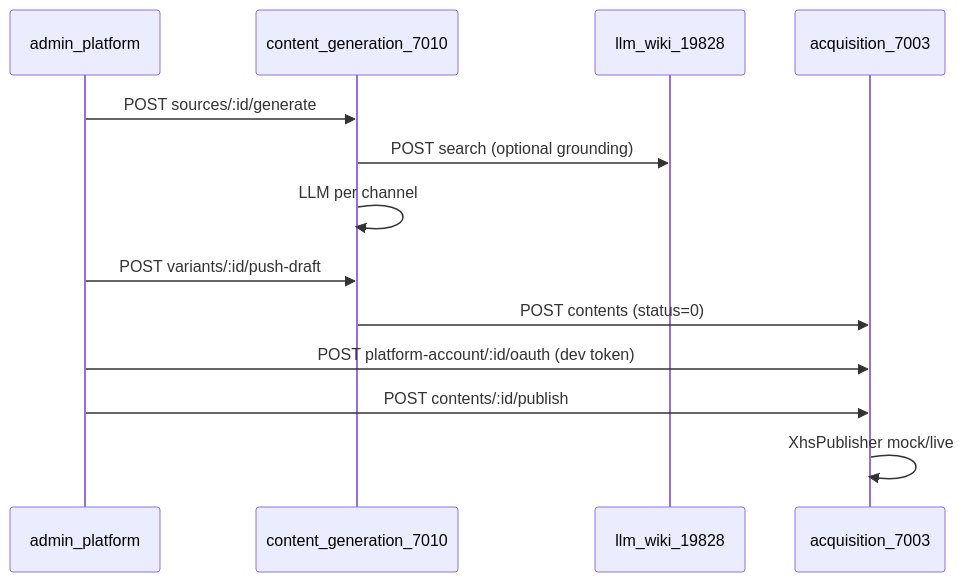
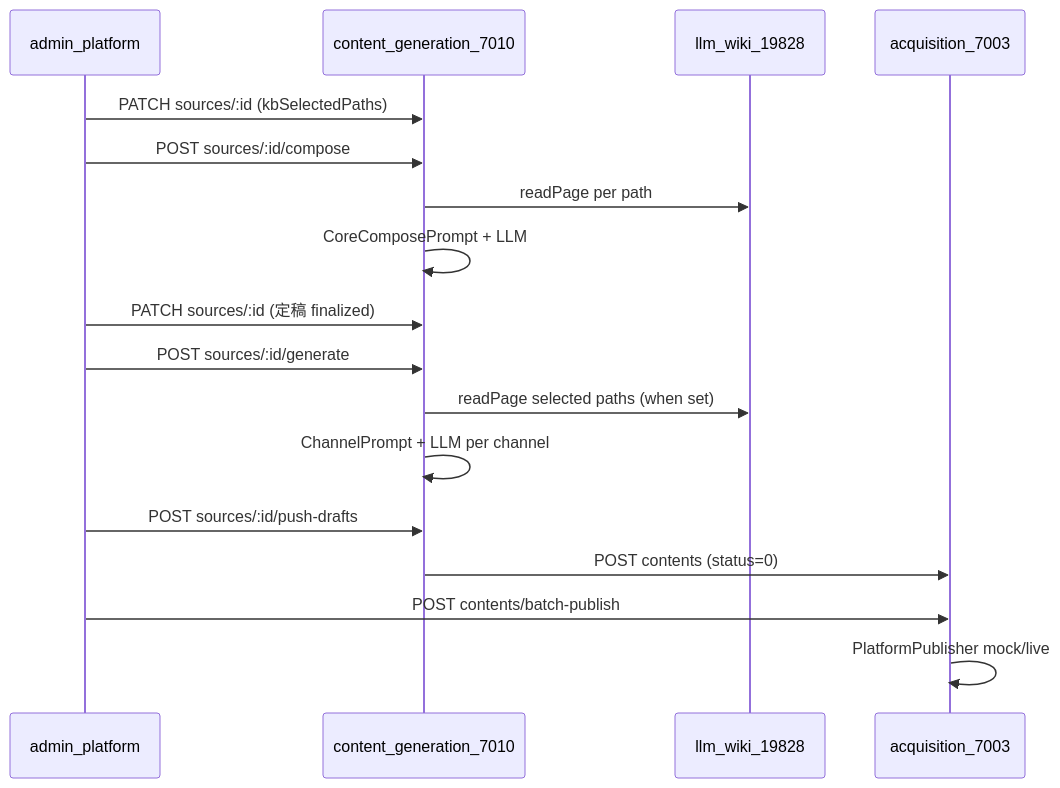
One commit to SeanLiangYoung/open-scrm changed the diagram in docs/facts/studio.md. Above: the diagram before and after it, drawn with Mermaid. The commit also changed other lines of this file and 5 other files, not shown here.

First line of the commit message:
docs(content-studio): sync wiki compose flow contracts and E2E (F6)

````diff
--- a/docs/facts/studio.md
+++ b/docs/facts/studio.md
@@ -42,16 +44,22 @@
 ```mermaid
 sequenceDiagram
   participant UI as admin_platform
   participant CGS as content_generation_7010
   participant Wiki as llm_wiki_19828
   participant ACQ as acquisition_7003
 
+  UI->>CGS: PATCH sources/:id (kbSelectedPaths)
+  UI->>CGS: POST sources/:id/compose
+  CGS->>Wiki: readPage per path
+  CGS->>CGS: CoreComposePrompt + LLM
+  UI->>CGS: PATCH sources/:id (定稿 finalized)
+
   UI->>CGS: POST sources/:id/generate
-  CGS->>Wiki: POST search (optional grounding)
-  CGS->>CGS: LLM per channel
-  UI->>CGS: POST variants/:id/push-draft
+  CGS->>Wiki: readPage selected paths (when set)
+  CGS->>CGS: ChannelPrompt + LLM per channel
+
+  UI->>CGS: POST sources/:id/push-drafts
   CGS->>ACQ: POST contents (status=0)
-  UI->>ACQ: POST platform-account/:id/oauth (dev token)
-  UI->>ACQ: POST contents/:id/publish
-  ACQ->>ACQ: XhsPublisher mock/live
+  UI->>ACQ: POST contents/batch-publish
+  ACQ->>ACQ: PlatformPublisher mock/live
 ```
````
